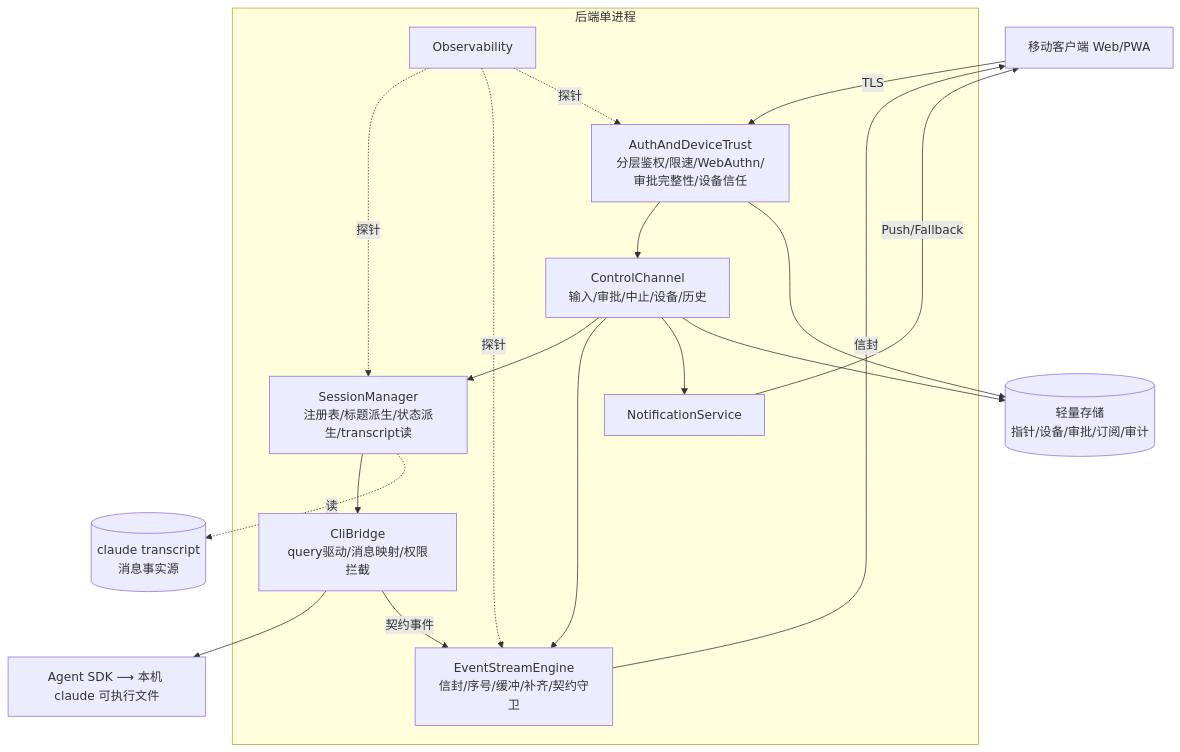
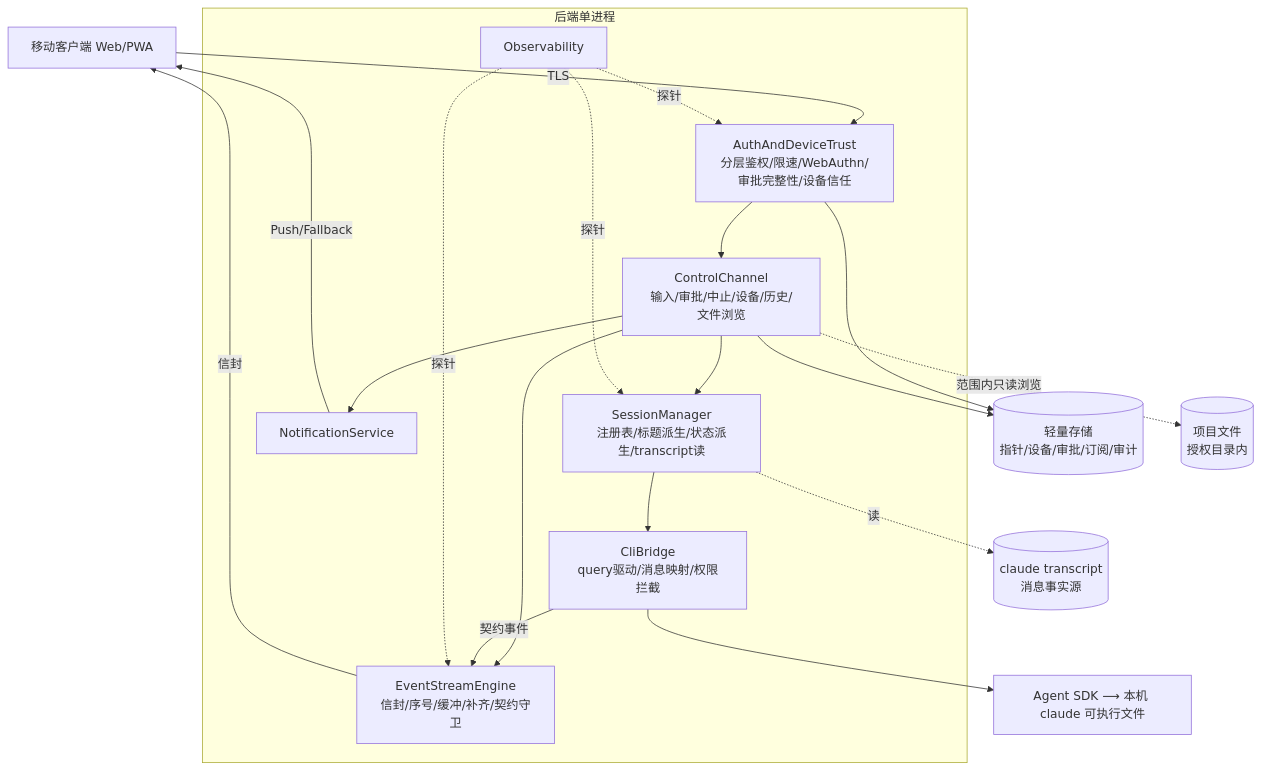
The first of 6 diagrams in docs/lld-ccm.md (Ike-li/claude-chat-mobile), drawn with Mermaid before and after one commit. The commit also changed other lines of this file, not shown here.

````diff
--- a/docs/lld-ccm.md
+++ b/docs/lld-ccm.md
@@ -71,27 +72,29 @@
 ```mermaid
 graph TD
   Client[移动客户端 Web/PWA]
   subgraph Backend[后端单进程]
     Auth[AuthAndDeviceTrust<br/>分层鉴权/限速/WebAuthn/审批完整性/设备信任]
-    Ctrl[ControlChannel<br/>输入/审批/中止/设备/历史]
+    Ctrl[ControlChannel<br/>输入/审批/中止/设备/历史/文件浏览]
     ESE[EventStreamEngine<br/>信封/序号/缓冲/补齐/契约守卫]
     SM[SessionManager<br/>注册表/标题派生/状态派生/transcript读]
     CB[CliBridge<br/>query驱动/消息映射/权限拦截]
     Notif[NotificationService]
     Obs[Observability]
   end
   SDK[Agent SDK ⟶ 本机 claude 可执行文件]
   TS[(claude transcript<br/>消息事实源)]
   Store[(轻量存储<br/>指针/设备/审批/订阅/审计)]
+  FS[(项目文件<br/>授权目录内)]
 
   Client -->|TLS| Auth --> Ctrl
   Ctrl --> SM
   Ctrl --> ESE
   SM --> CB --> SDK
   SM -.读.-> TS
   CB -->|契约事件| ESE -->|信封| Client
   Ctrl --> Notif -->|Push/Fallback| Client
   Auth --> Store
   Ctrl --> Store
+  Ctrl -.范围内只读浏览.-> FS
   Obs -.探针.-> SM & ESE & Auth
 ```
````
